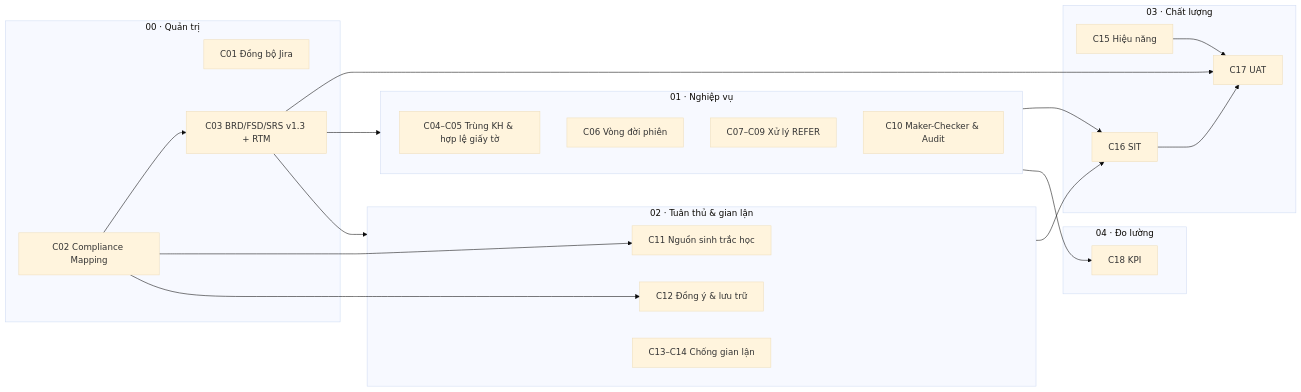
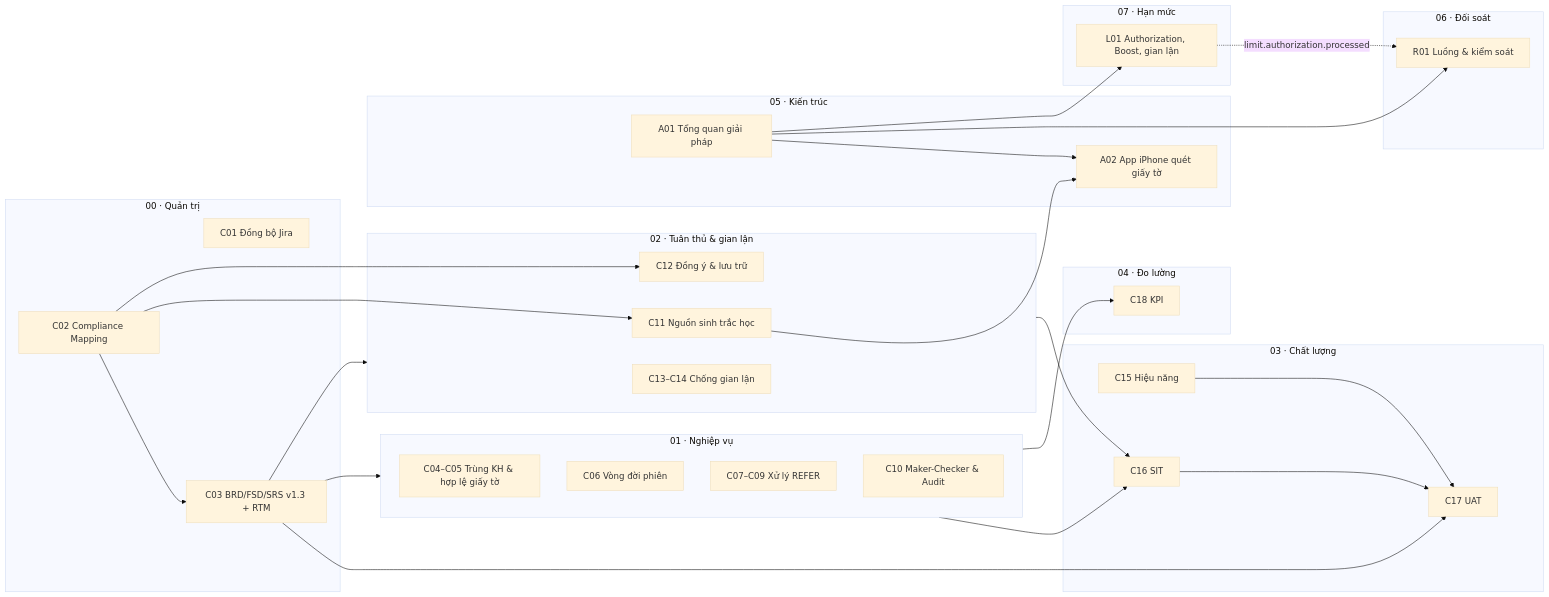
One commit to handao2303/aegis-ekyc-ui changed the diagram in docs/README.md. Above: the diagram before and after it, drawn with Mermaid (base theme). The commit also changed other lines of this file and 5 other files, not shown here.

````diff
--- a/docs/README.md
+++ b/docs/README.md
@@ -12,38 +12,53 @@
 ```mermaid
 flowchart LR
     subgraph G["00 · Quản trị"]
         C01["C01 Đồng bộ Jira"]
         C02["C02 Compliance Mapping"]
         C03["C03 BRD/FSD/SRS v1.3 + RTM"]
     end
     subgraph B["01 · Nghiệp vụ"]
         C0405["C04–C05 Trùng KH & hợp lệ giấy tờ"]
         C06["C06 Vòng đời phiên"]
         C0709["C07–C09 Xử lý REFER"]
         C10["C10 Maker-Checker & Audit"]
     end
     subgraph P["02 · Tuân thủ & gian lận"]
         C11["C11 Nguồn sinh trắc học"]
         C12["C12 Đồng ý & lưu trữ"]
         C1314["C13–C14 Chống gian lận"]
     end
     subgraph Q["03 · Chất lượng"]
         C15["C15 Hiệu năng"]
         C16["C16 SIT"]
         C17["C17 UAT"]
     end
     subgraph A["04 · Đo lường"]
         C18["C18 KPI"]
     end
+    subgraph X["05 · Kiến trúc"]
+        A01["A01 Tổng quan giải pháp"]
+        A02["A02 App iPhone quét giấy tờ"]
+    end
+    subgraph RC["06 · Đối soát"]
+        R01["R01 Luồng & kiểm soát"]
+    end
+    subgraph LM["07 · Hạn mức"]
+        L01["L01 Authorization, Boost, gian lận"]
+    end
     C02 --> C03
     C02 --> C11
     C02 --> C12
     C03 --> B
     C03 --> P
     B --> C16
     P --> C16
     C16 --> C17
     C03 --> C17
     C15 --> C17
     B --> C18
+    A01 --> A02
+    A01 --> R01
+    A01 --> L01
+    C11 --> A02
+    L01 -. "limit.authorization.processed" .-> R01
 ```
````
